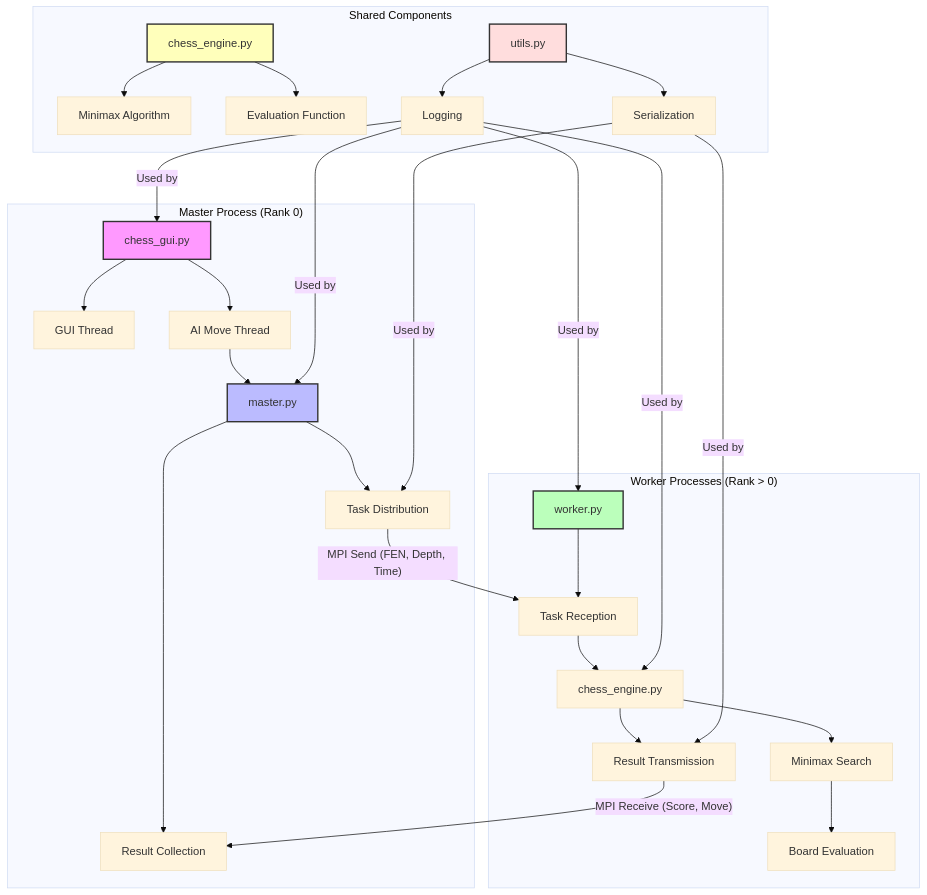
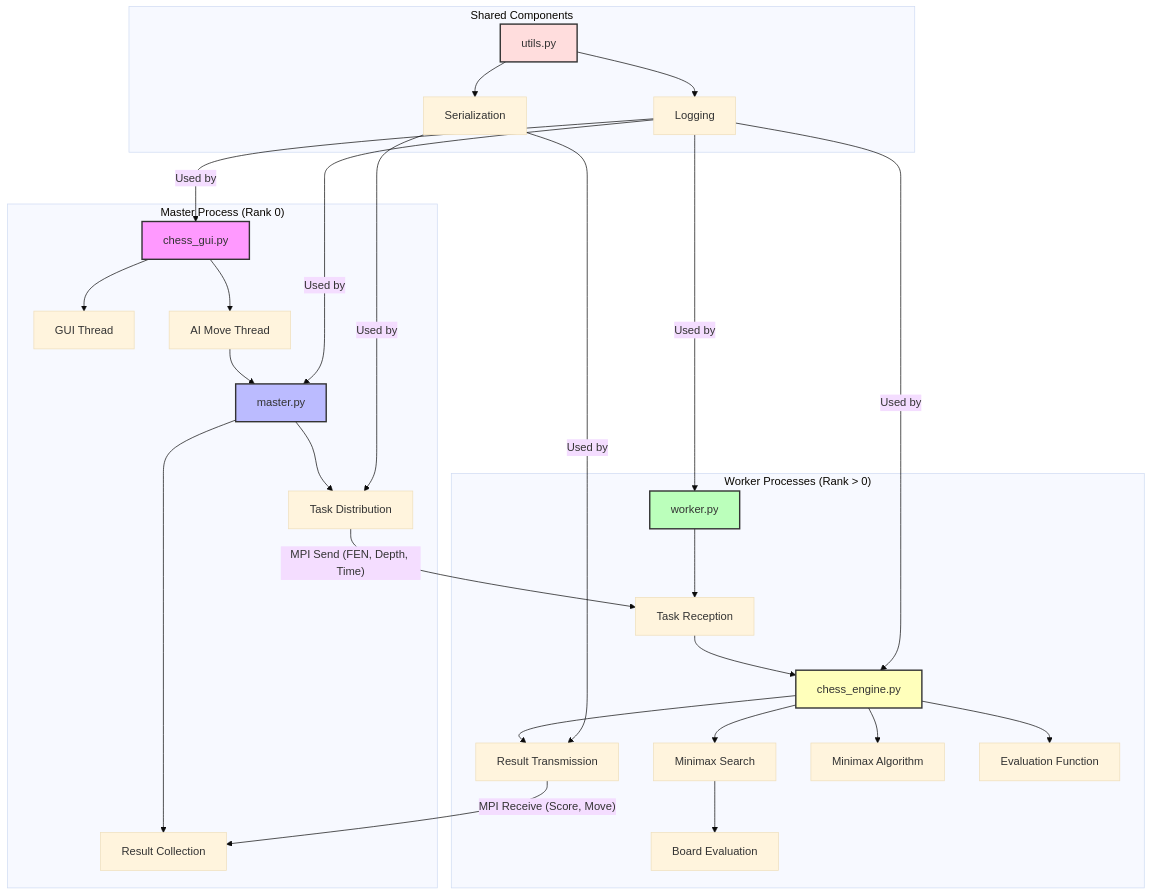
The diagram in README.md (sauravdeshmukh100/Distributed_chess_Engine), drawn with Mermaid (base theme) before and after one commit.

````diff
--- a/README.md
+++ b/README.md
@@ -39,41 +39,41 @@
 ```mermaid
 graph TD
     subgraph "Master Process (Rank 0)"
         A[chess_gui.py] --> B[GUI Thread]
         A --> C[AI Move Thread]
         C --> D[master.py]
         D --> E[Task Distribution]
         D --> F[Result Collection]
     end
     
     subgraph "Worker Processes (Rank > 0)"
         G[worker.py] --> H[Task Reception]
         H --> I[chess_engine.py]
         I --> J[Minimax Search]
         J --> K[Board Evaluation]
         I --> L[Result Transmission]
+        I --> M1[Minimax Algorithm]
+        I --> M2[Evaluation Function]
     end
     
     subgraph "Shared Components"
-        M[chess_engine.py] --> N[Minimax Algorithm]
-        M --> O[Evaluation Function]
         P[utils.py] --> Q[Serialization]
         P --> R[Logging]
     end
     
     E -- "MPI Send (FEN, Depth, Time)" --> H
     L -- "MPI Receive (Score, Move)" --> F
     Q -- "Used by" --> E
     Q -- "Used by" --> L
     R -- "Used by" --> A
     R -- "Used by" --> D
     R -- "Used by" --> G
     R -- "Used by" --> I
     
     style A fill:#f9f,stroke:#333,stroke-width:2px
     style D fill:#bbf,stroke:#333,stroke-width:2px
     style G fill:#bfb,stroke:#333,stroke-width:2px
-    style M fill:#ffb,stroke:#333,stroke-width:2px
+    style I fill:#ffb,stroke:#333,stroke-width:2px
     style P fill:#fdd,stroke:#333,stroke-width:2px
 
 ```
````
